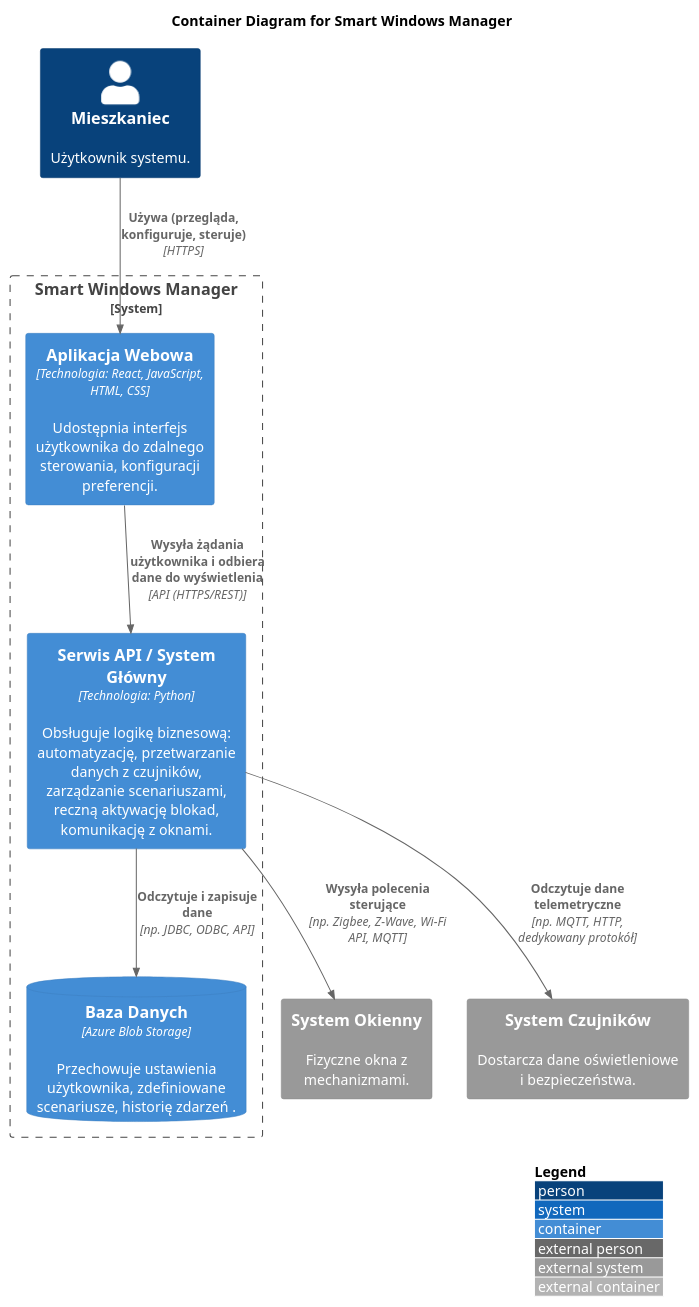
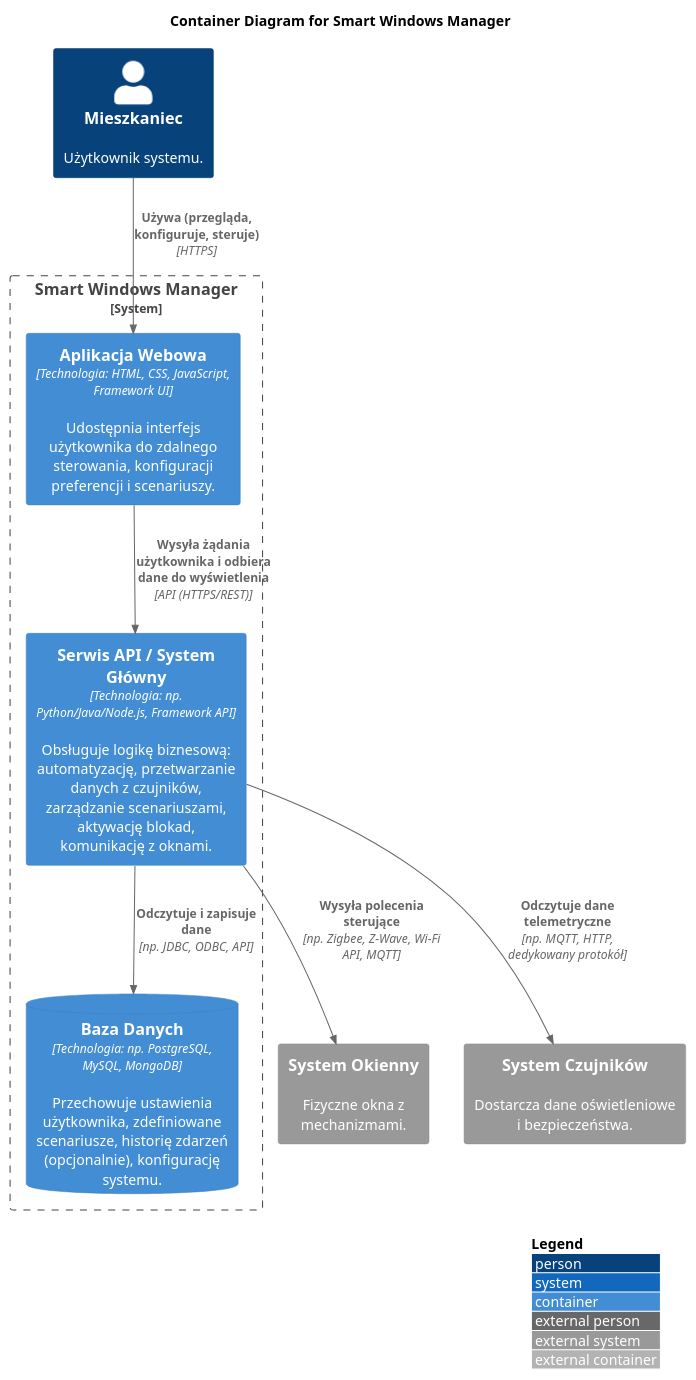
The diagram in Diagram C4/Container Diagram.plantuml (dolhan12211/Smart_Windows_Manager), drawn with PlantUML before and after one commit. The commit also changed 36 other files, not shown here.

```diff
--- a/Diagram C4/Container Diagram.plantuml
+++ b/Diagram C4/Container Diagram.plantuml
@@ -1,26 +1,26 @@
 @startuml
 !include https://raw.githubusercontent.com/plantuml-stdlib/C4-PlantUML/master/C4_Container.puml
 
 LAYOUT_WITH_LEGEND()
 
 title Container Diagram for Smart Windows Manager
 
 Person(user, "Mieszkaniec", "Użytkownik systemu.")
 
 System_Ext(physical_windows, "System Okienny", "Fizyczne okna z mechanizmami.")
 System_Ext(sensor_system, "System Czujników", "Dostarcza dane oświetleniowe i bezpieczeństwa.")
 
 System_Boundary(c1, "Smart Windows Manager") {
-    Container(web_app, "Aplikacja Webowa", "Technologia: React, JavaScript, HTML, CSS", "Udostępnia interfejs użytkownika do zdalnego sterowania, konfiguracji preferencji.")
-    Container(api_service, "Serwis API / System Główny", "Technologia: Python", "Obsługuje logikę biznesową: automatyzację, przetwarzanie danych z czujników, zarządzanie scenariuszami, reczną aktywację blokad, komunikację z oknami.")
-    ContainerDb(database, "Baza Danych", "Azure Blob Storage", "Przechowuje ustawienia użytkownika, zdefiniowane scenariusze, historię zdarzeń .")
+    Container(web_app, "Aplikacja Webowa", "Technologia: HTML, CSS, JavaScript, Framework UI", "Udostępnia interfejs użytkownika do zdalnego sterowania, konfiguracji preferencji i scenariuszy.")
+    Container(api_service, "Serwis API / System Główny", "Technologia: np. Python/Java/Node.js, Framework API", "Obsługuje logikę biznesową: automatyzację, przetwarzanie danych z czujników, zarządzanie scenariuszami, aktywację blokad, komunikację z oknami.")
+    ContainerDb(database, "Baza Danych", "Technologia: np. PostgreSQL, MySQL, MongoDB", "Przechowuje ustawienia użytkownika, zdefiniowane scenariusze, historię zdarzeń (opcjonalnie), konfigurację systemu.")
 }
 
 Rel_D(user, web_app, "Używa (przegląda, konfiguruje, steruje)", "HTTPS")
 Rel_D(web_app, api_service, "Wysyła żądania użytkownika i odbiera dane do wyświetlenia", "API (HTTPS/REST)")
 
 Rel_D(api_service, database, "Odczytuje i zapisuje dane", "np. JDBC, ODBC, API")
 Rel_D(api_service, physical_windows, "Wysyła polecenia sterujące", "np. Zigbee, Z-Wave, Wi-Fi API, MQTT")
 Rel_D(api_service, sensor_system, "Odczytuje dane telemetryczne", "np. MQTT, HTTP, dedykowany protokół")
 
 @enduml
```
